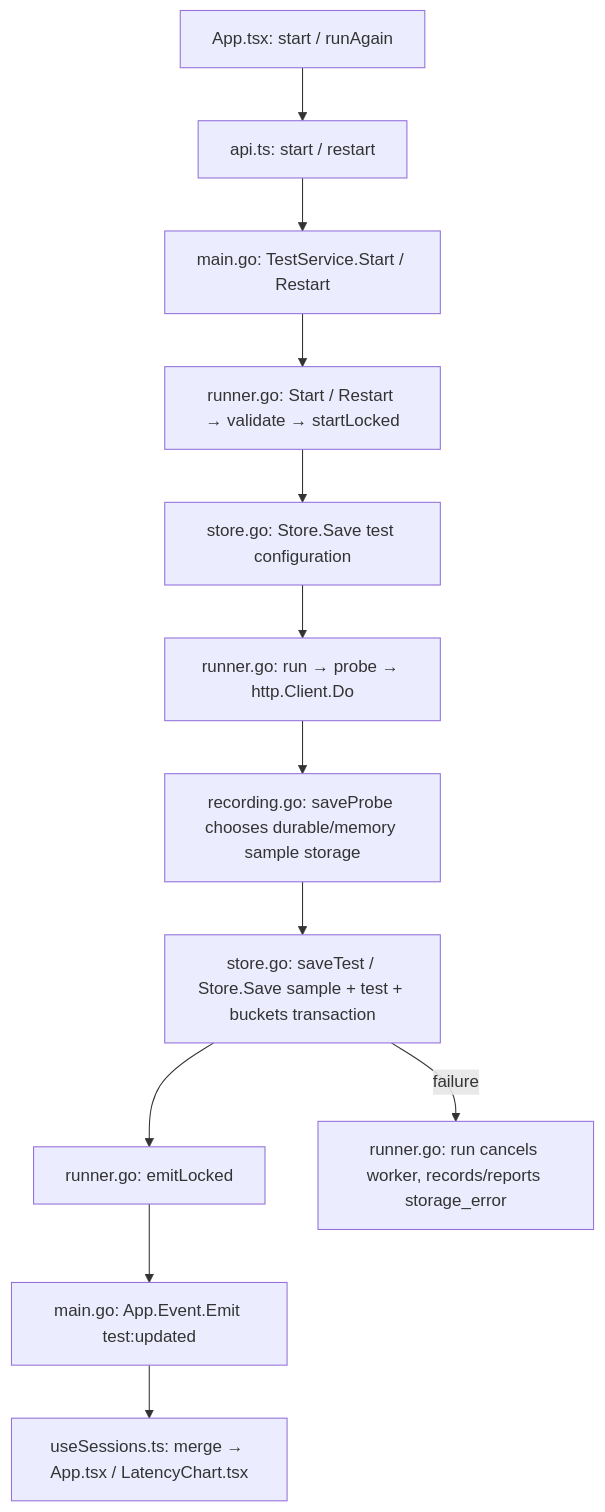
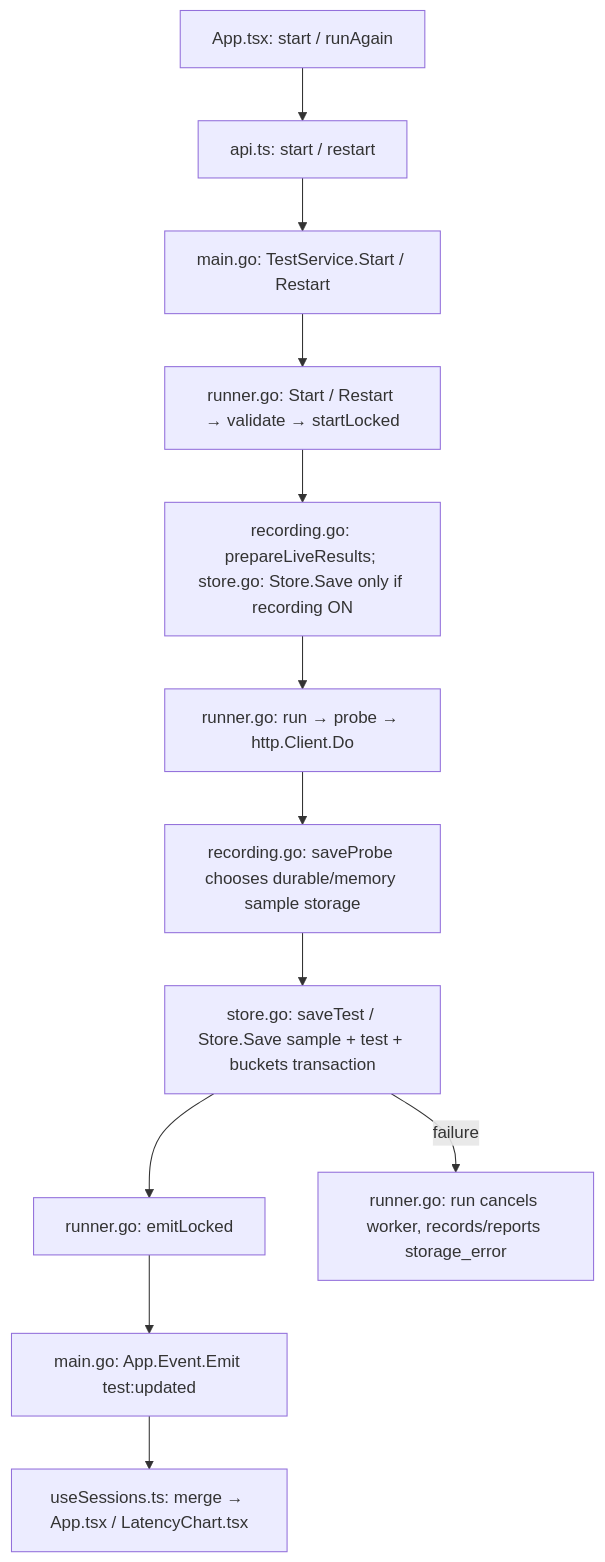
One commit to djian01/nt_gui changed the first of 15 diagrams in docs/api_reference/desktop.md. Above: the diagram before and after it, drawn with Mermaid. The commit also changed other lines of this file and 86 other files, not shown here.

````diff
--- a/docs/api_reference/desktop.md
+++ b/docs/api_reference/desktop.md
@@ -51,14 +51,14 @@
 ```mermaid
 flowchart TD
     A["App.tsx: start / runAgain"] --> B["api.ts: start / restart"]
     B --> C["main.go: TestService.Start / Restart"]
     C --> D["runner.go: Start / Restart → validate → startLocked"]
-    D --> E["store.go: Store.Save test configuration"]
+    D --> E["recording.go: prepareLiveResults; store.go: Store.Save only if recording ON"]
     E --> F["runner.go: run → probe → http.Client.Do"]
     F --> R["recording.go: saveProbe chooses durable/memory sample storage"]
     R --> G["store.go: saveTest / Store.Save sample + test + buckets transaction"]
     G --> H["runner.go: emitLocked"]
     H --> I["main.go: App.Event.Emit test:updated"]
     I --> J["useSessions.ts: merge → App.tsx / LatencyChart.tsx"]
     G -->|failure| K["runner.go: run cancels worker, records/reports storage_error"]
 ```
````
